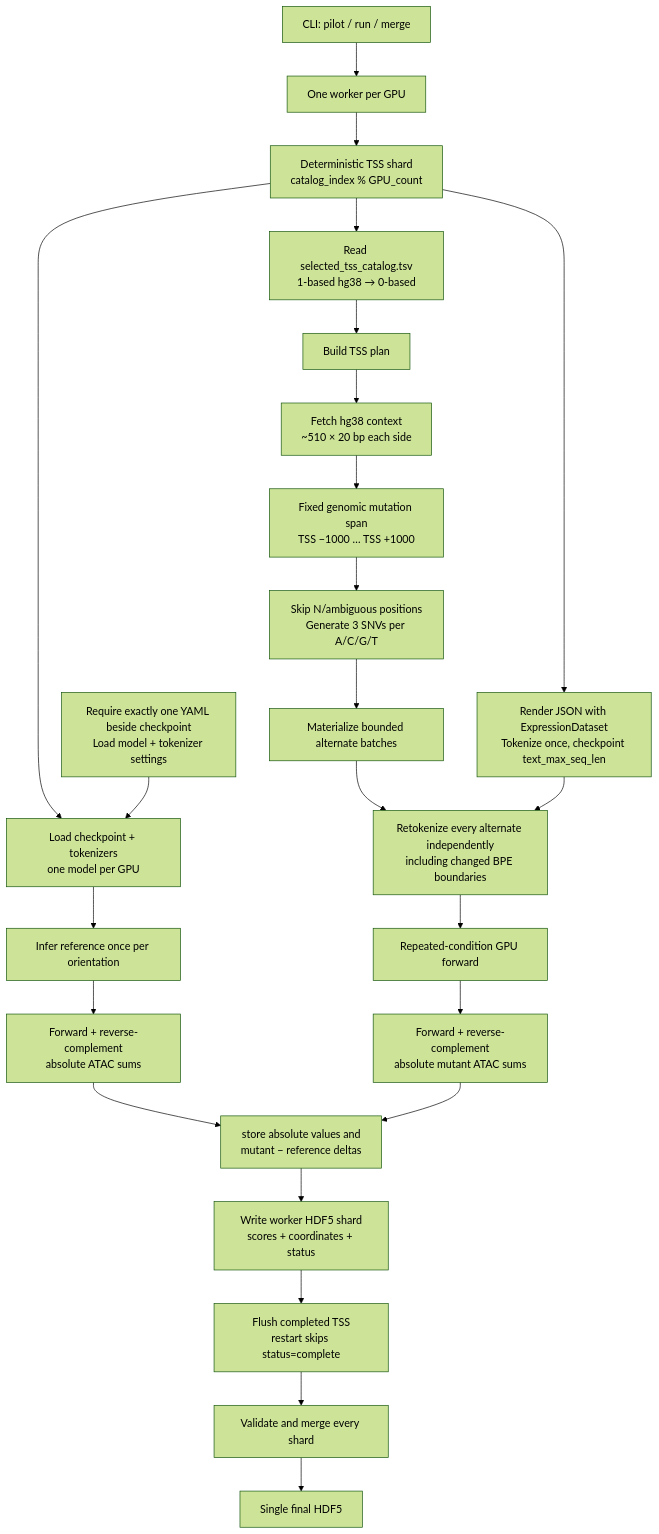
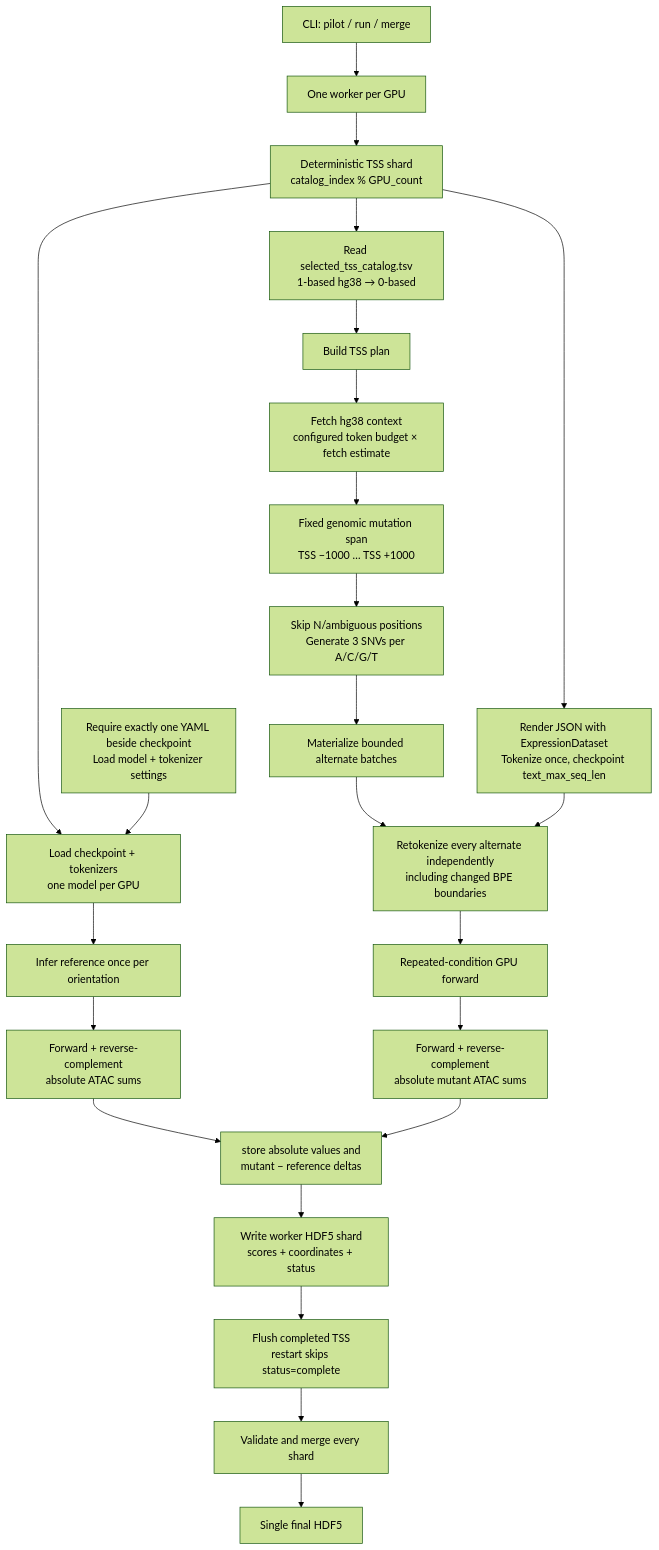
The diagram in downstream_tasks/expression_prediction/benchmarks/eQTL_genomics/CODE_REVIEW_GUIDE.md (AIRI-Institute/GENA_LM), drawn with Mermaid (forest theme) before and after one commit. The commit also changed other lines of this file and 4 other files, not shown here.

````diff
--- a/downstream_tasks/expression_prediction/benchmarks/eQTL_genomics/CODE_REVIEW_GUIDE.md
+++ b/downstream_tasks/expression_prediction/benchmarks/eQTL_genomics/CODE_REVIEW_GUIDE.md
@@ -14,32 +14,32 @@
 ```mermaid
 flowchart TD
     CLI["CLI: pilot / run / merge"] --> Launcher["One worker per GPU"]
     Launcher --> Shard["Deterministic TSS shard<br/>catalog_index % GPU_count"]
 
     Shard --> Catalog["Read selected_tss_catalog.tsv<br/>1-based hg38 → 0-based"]
     Shard --> Description["Render JSON with ExpressionDataset<br/>Tokenize once, checkpoint text_max_seq_len"]
     Shard --> Model["Load checkpoint + tokenizers<br/>one model per GPU"]
     ModelConfig["Require exactly one YAML beside checkpoint<br/>Load model + tokenizer settings"] --> Model
 
     Catalog --> Plan["Build TSS plan"]
-    Plan --> Fetch["Fetch hg38 context<br/>~510 × 20 bp each side"]
+    Plan --> Fetch["Fetch hg38 context<br/>configured token budget × fetch estimate"]
     Fetch --> MutationSpan["Fixed genomic mutation span<br/>TSS −1000 … TSS +1000"]
     MutationSpan --> Variants["Skip N/ambiguous positions<br/>Generate 3 SNVs per A/C/G/T"]
 
     Model --> Ref["Infer reference once per orientation"]
     Ref --> RefScore["Forward + reverse-complement<br/>absolute ATAC sums"]
 
     Variants --> Batch["Materialize bounded alternate batches"]
     Batch --> Retokenize["Retokenize every alternate independently<br/>including changed BPE boundaries"]
     Description --> Retokenize
     Retokenize --> GPU["Repeated-condition GPU forward"]
     GPU --> AltScore["Forward + reverse-complement<br/>absolute mutant ATAC sums"]
     RefScore --> Delta["store absolute values and<br/>mutant − reference deltas"]
     AltScore --> Delta
 
     Delta --> H5["Write worker HDF5 shard<br/>scores + coordinates + status"]
     H5 --> Resume["Flush completed TSS<br/>restart skips status=complete"]
 
     Resume --> Merge["Validate and merge every shard"]
     Merge --> Final["Single final HDF5"]
 ```
````
